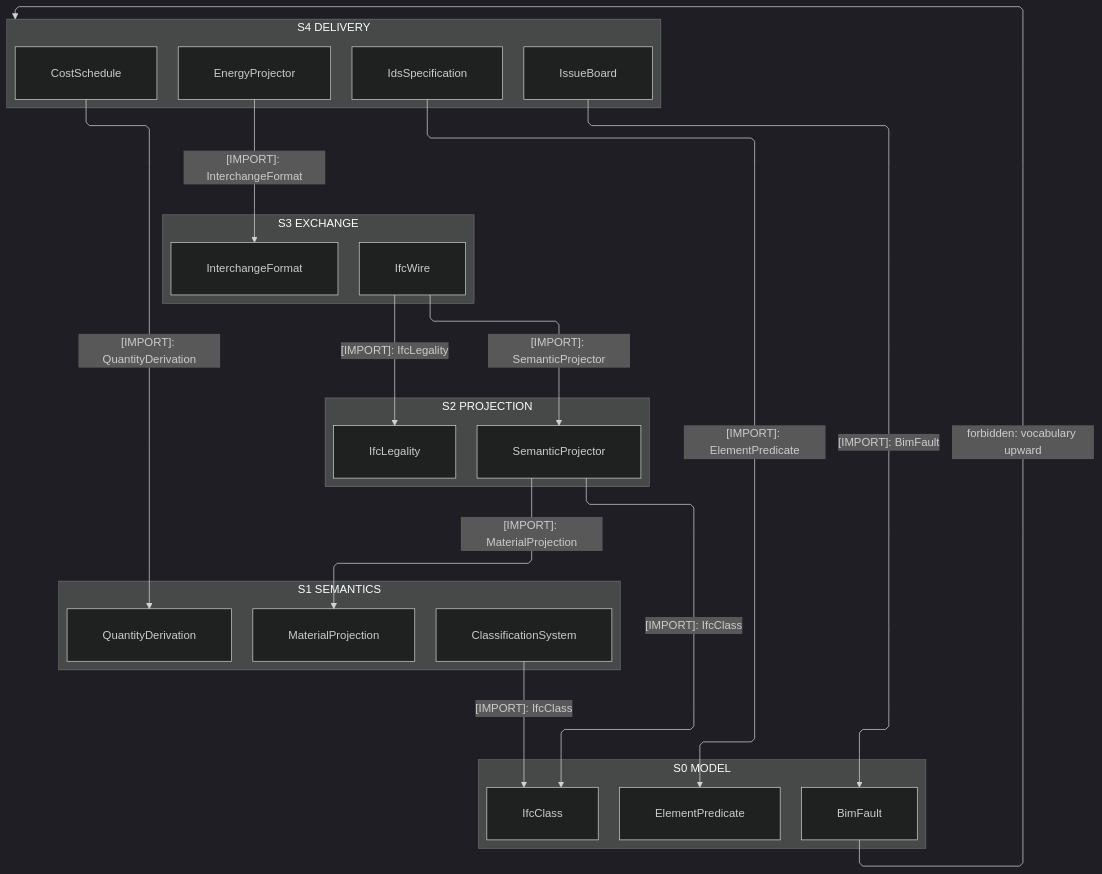
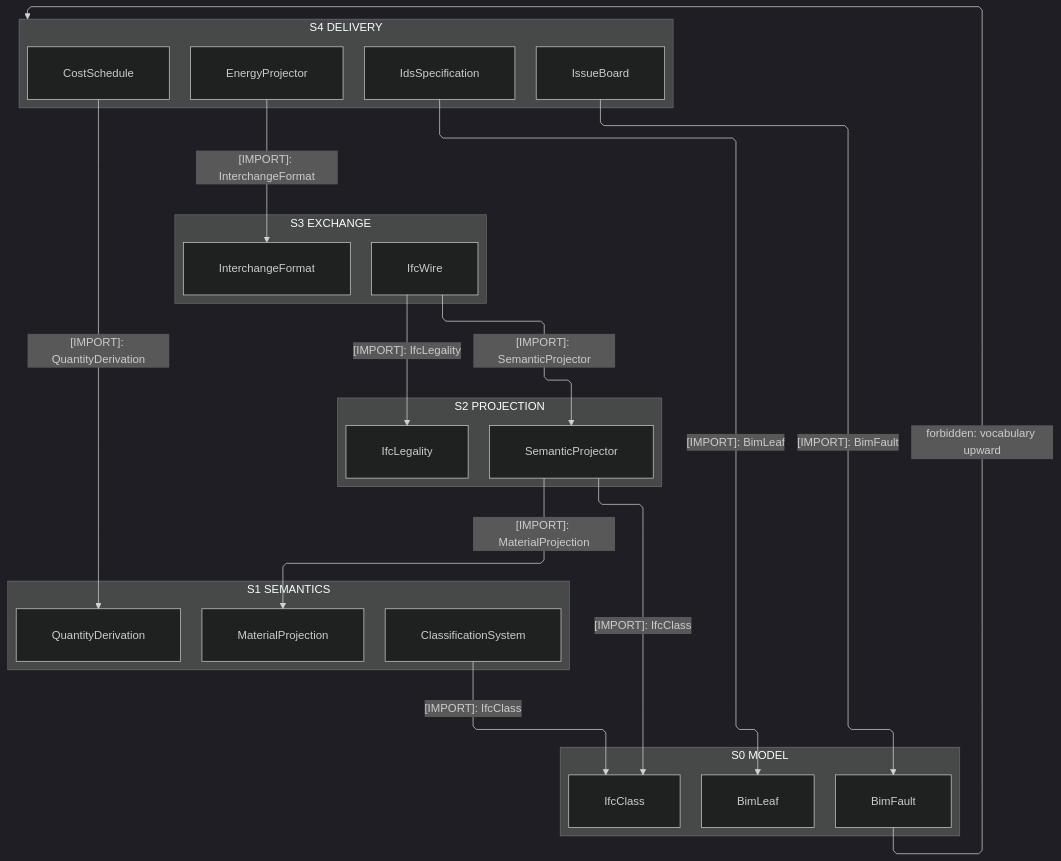
The first of 4 diagrams in libs/csharp/Rasm.Bim/ARCHITECTURE.md (bsamiee/Rasm), drawn with Mermaid (dark theme) before and after one commit. The commit also changed other lines of this file and 115 other files, not shown here.

````diff
--- a/libs/csharp/Rasm.Bim/ARCHITECTURE.md
+++ b/libs/csharp/Rasm.Bim/ARCHITECTURE.md
@@ -72,46 +86,46 @@
 ```mermaid
 ---
 config:
   layout: elk
   flowchart:
     curve: linear
     padding: 25
 ---
 flowchart TB
     accTitle: Rasm.Bim interior strata
-    accDescr: Stacked strata from the energy, review, and planning delivery stratum through the interchange codec and the projection arm onto the semantic enrichment and the model vocabulary, every consumption edge downward and solid naming one sourced type, and one forbidden upward edge named as such.
+    accDescr: Interior strata from the delivery stratum down to the model vocabulary, every consumption edge downward.
     subgraph S4["S4 DELIVERY"]
         EnergyProjector[EnergyProjector]
         Ids[IdsSpecification]
         Cost[CostSchedule]
         Board[IssueBoard]
     end
     subgraph S3["S3 EXCHANGE"]
         Format[InterchangeFormat]
         Wire[IfcWire]
     end
     subgraph S2["S2 PROJECTION"]
         Projector[SemanticProjector]
         Legality[IfcLegality]
     end
     subgraph S1["S1 SEMANTICS"]
         Material[MaterialProjection]
         Quantity[QuantityDerivation]
         Axis[ClassificationSystem]
     end
     subgraph S0["S0 MODEL"]
         Fault[BimFault]
-        Predicate[ElementPredicate]
+        Predicate[BimLeaf]
         Class[IfcClass]
     end
-    EnergyProjector -->|"[IMPORT]: InterchangeFormat"| Format
-    Ids -->|"[IMPORT]: ElementPredicate"| Predicate
-    Cost -->|"[IMPORT]: QuantityDerivation"| Quantity
-    Board -->|"[IMPORT]: BimFault"| Fault
-    Wire -->|"[IMPORT]: SemanticProjector"| Projector
-    Wire -->|"[IMPORT]: IfcLegality"| Legality
-    Projector -->|"[IMPORT]: MaterialProjection"| Material
-    Projector -->|"[IMPORT]: IfcClass"| Class
-    Axis -->|"[IMPORT]: IfcClass"| Class
-    Fault -->|"forbidden: vocabulary upward"| S4
+    EnergyProjector e1@-->|"[IMPORT]: InterchangeFormat"| Format
+    Ids e2@-->|"[IMPORT]: BimLeaf"| Predicate
+    Cost e3@-->|"[IMPORT]: QuantityDerivation"| Quantity
+    Board e4@-->|"[IMPORT]: BimFault"| Fault
+    Wire e5@-->|"[IMPORT]: SemanticProjector"| Projector
+    Wire e6@-->|"[IMPORT]: IfcLegality"| Legality
+    Projector e7@-->|"[IMPORT]: MaterialProjection"| Material
+    Projector e8@-->|"[IMPORT]: IfcClass"| Class
+    Axis e9@-->|"[IMPORT]: IfcClass"| Class
+    Fault f1@-->|"forbidden: vocabulary upward"| S4
 ```
````
